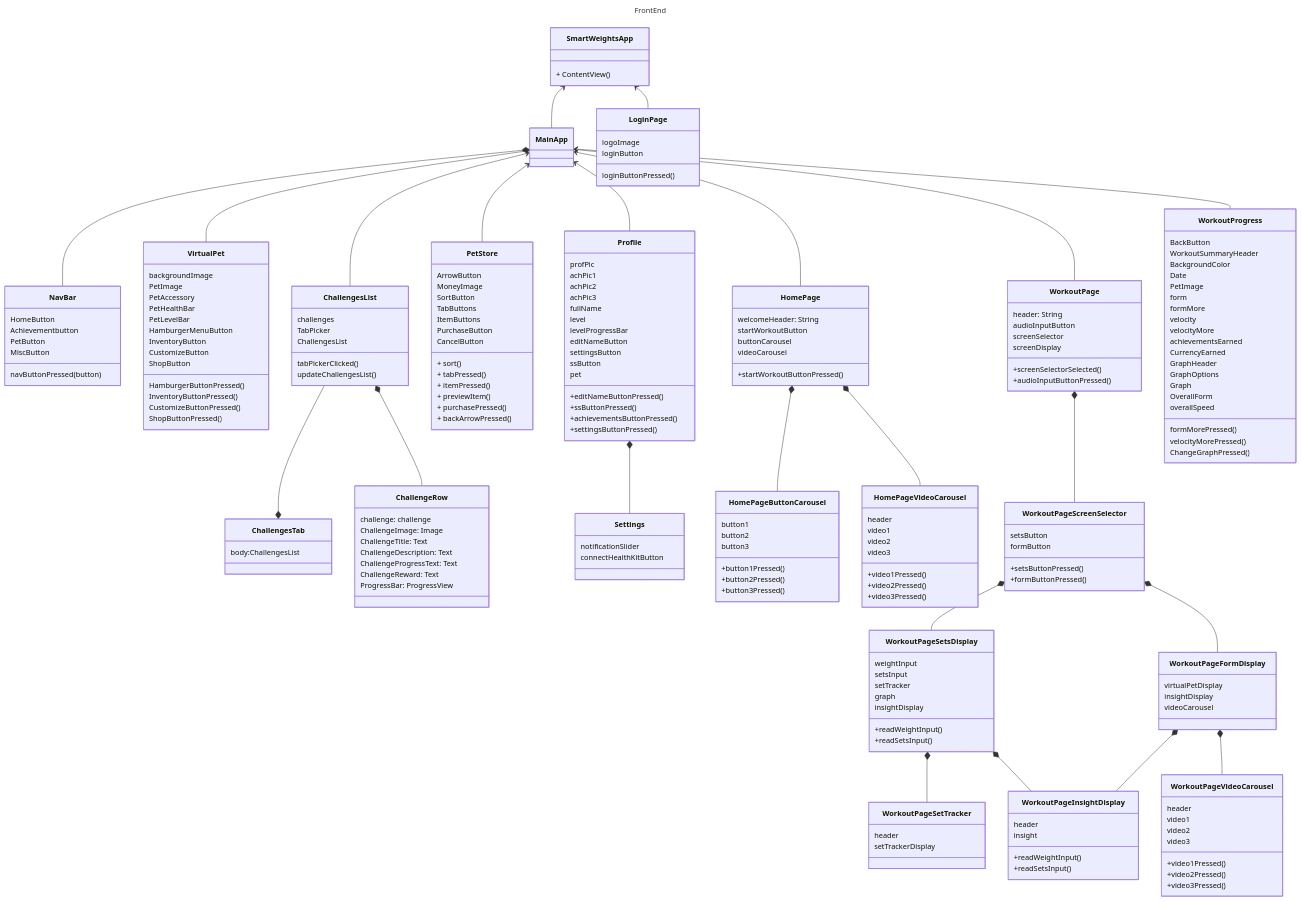
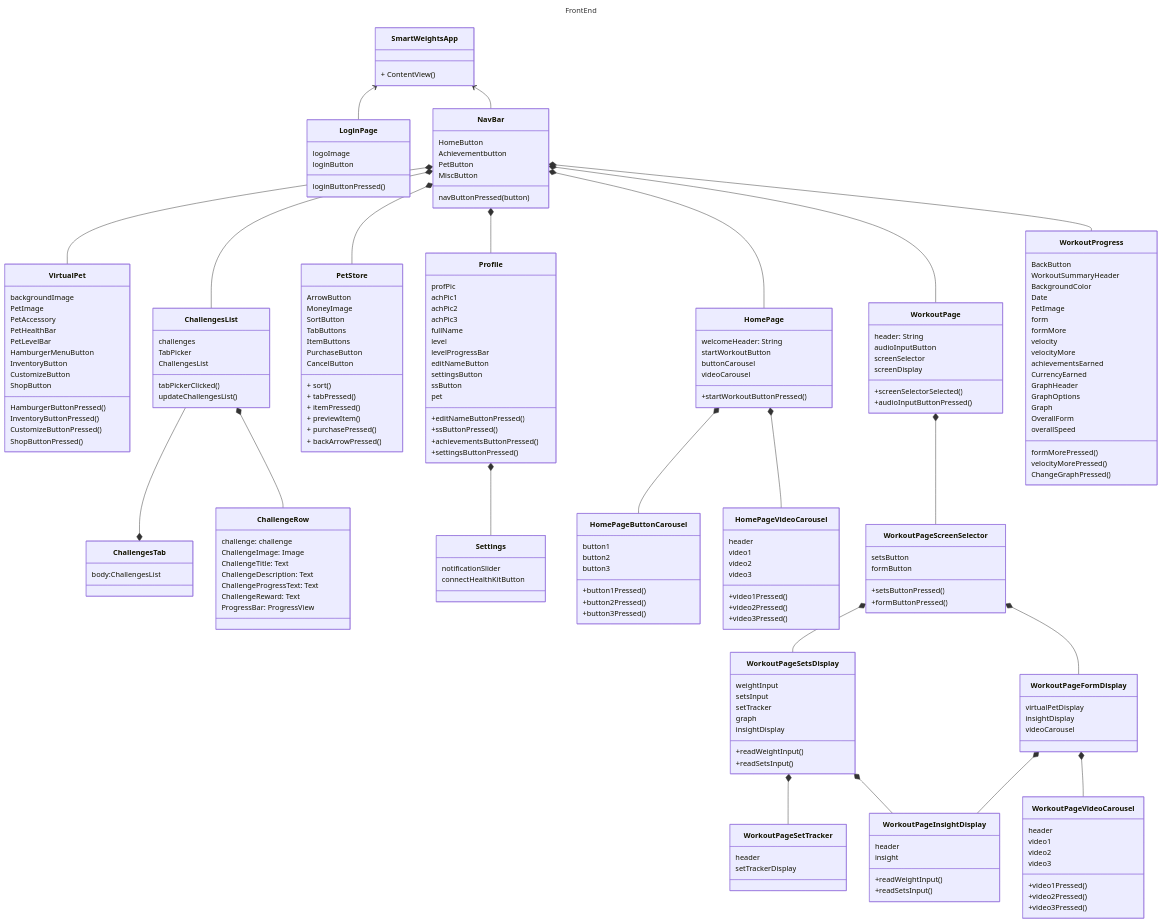
Before and after one commit to Capstone-Projects-2024-Spring/project-smartweights: the first of 2 diagrams in documentation/docs/system-architecture/class-diagrams.md, drawn with Mermaid. The commit also changed other lines of this file, not shown here.

```diff
--- a/documentation/docs/system-architecture/class-diagrams.md
+++ b/documentation/docs/system-architecture/class-diagrams.md
@@ -18,9 +19,9 @@
    class SmartWeightsApp{
     + ContentView()
    }
-   class MainApp{
+  %%    class MainApp{
 
-   }
+%%    }
    class LoginPage{
     logoImage
     loginButton
@@ -204,21 +205,22 @@
     }
    
     SmartWeightsApp <-- LoginPage
-    SmartWeightsApp <-- MainApp
+
     %% SmartWeightsApp <-- Profile
     %% SmartWeightsApp <-- VirtualPet
     %% SmartWeightsApp <-- ChallengesList
     %% SmartWeightsApp <-- PetStore
     %% SmartWeightsApp <-- HomePage
     %% SmartWeightsApp <-- WorkoutPage
-    MainApp *-- NavBar
-    MainApp <-- Profile
-    MainApp <-- VirtualPet
-    MainApp <-- ChallengesList
-    MainApp <-- PetStore
-    MainApp <-- HomePage
-    MainApp <-- WorkoutPage
-    MainApp <-- WorkoutProgress
+    %% MainApp *-- NavBar
+    SmartWeightsApp <-- NavBar
+    NavBar *-- Profile
+    NavBar *-- VirtualPet
+    NavBar *-- ChallengesList
+    NavBar *-- PetStore
+    NavBar *-- HomePage
+    NavBar *-- WorkoutPage
+    NavBar *-- WorkoutProgress
 
     
     %% NavBar --o Profile
```
